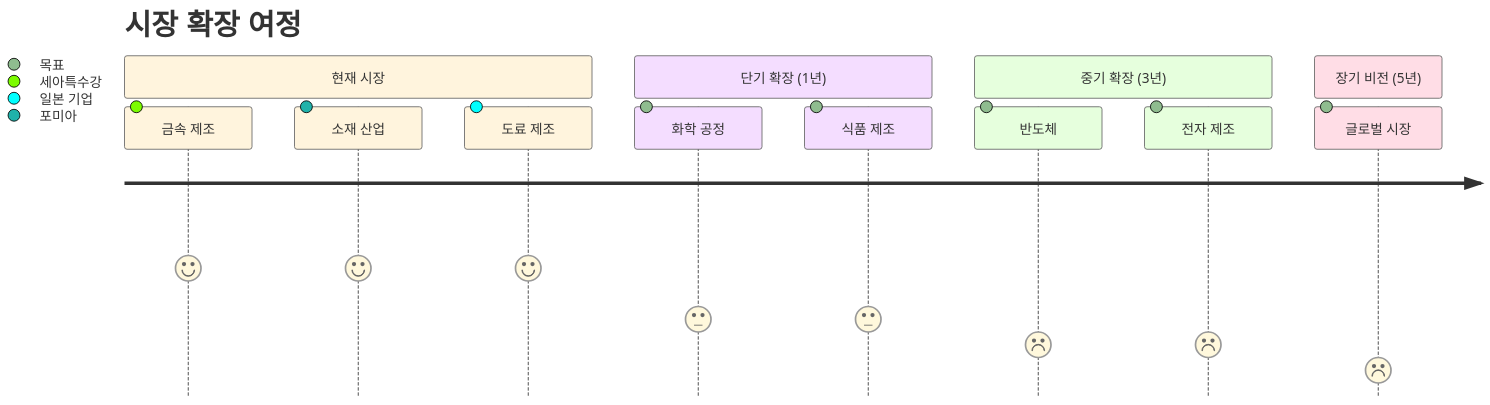
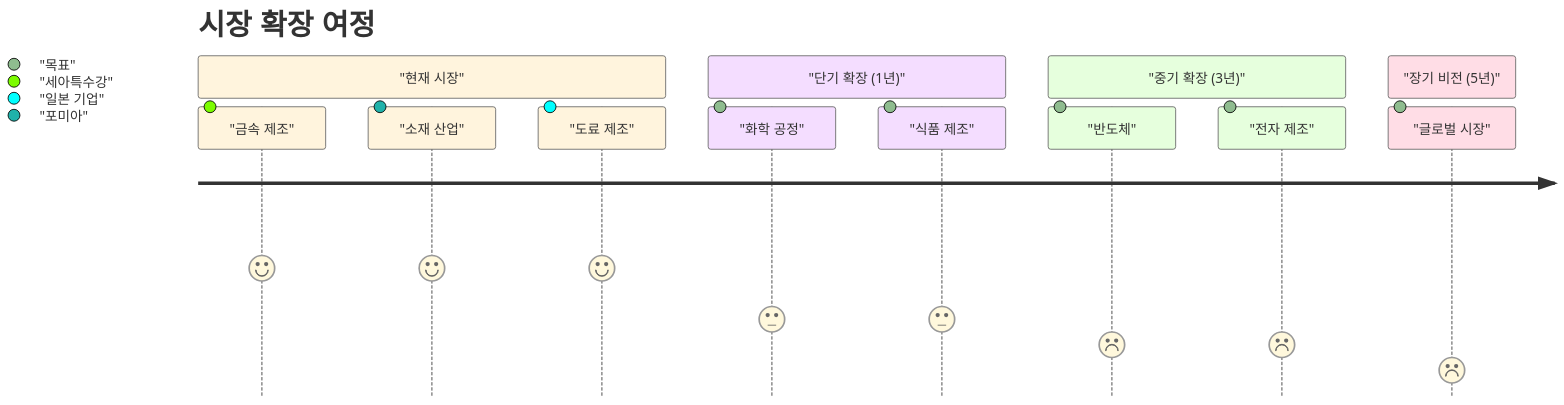
Diagram 11 of 12 in portfolio/Executive_Summary/04_Visual_Portfolio.md (moobaek/Testing_AI_agents_for_public_use), drawn with Mermaid before and after one commit. The commit also changed other lines of this file and 14 other files, not shown here.

First line of the commit message:
fix: standardize Mermaid syntax for Obsidian compatibility across all portfolio documents

````diff
--- a/portfolio/Executive_Summary/04_Visual_Portfolio.md
+++ b/portfolio/Executive_Summary/04_Visual_Portfolio.md
@@ -302,17 +296,17 @@
 ```mermaid
 %%{init: {'theme':'base'}}%%
 journey
     title 시장 확장 여정
-    section 현재 시장
-      금속 제조: 5: 세아특수강
-      소재 산업: 5: 포미아
-      도료 제조: 5: 일본 기업
-    section 단기 확장 (1년)
-      화학 공정: 3: 목표
-      식품 제조: 3: 목표
-    section 중기 확장 (3년)
-      반도체: 2: 목표
-      전자 제조: 2: 목표
-    section 장기 비전 (5년)
-      글로벌 시장: 1: 목표
+    section "현재 시장"
+      "금속 제조": 5: "세아특수강"
+      "소재 산업": 5: "포미아"
+      "도료 제조": 5: "일본 기업"
+    section "단기 확장 (1년)"
+      "화학 공정": 3: "목표"
+      "식품 제조": 3: "목표"
+    section "중기 확장 (3년)"
+      "반도체": 2: "목표"
+      "전자 제조": 2: "목표"
+    section "장기 비전 (5년)"
+      "글로벌 시장": 1: "목표"
 ```
````
